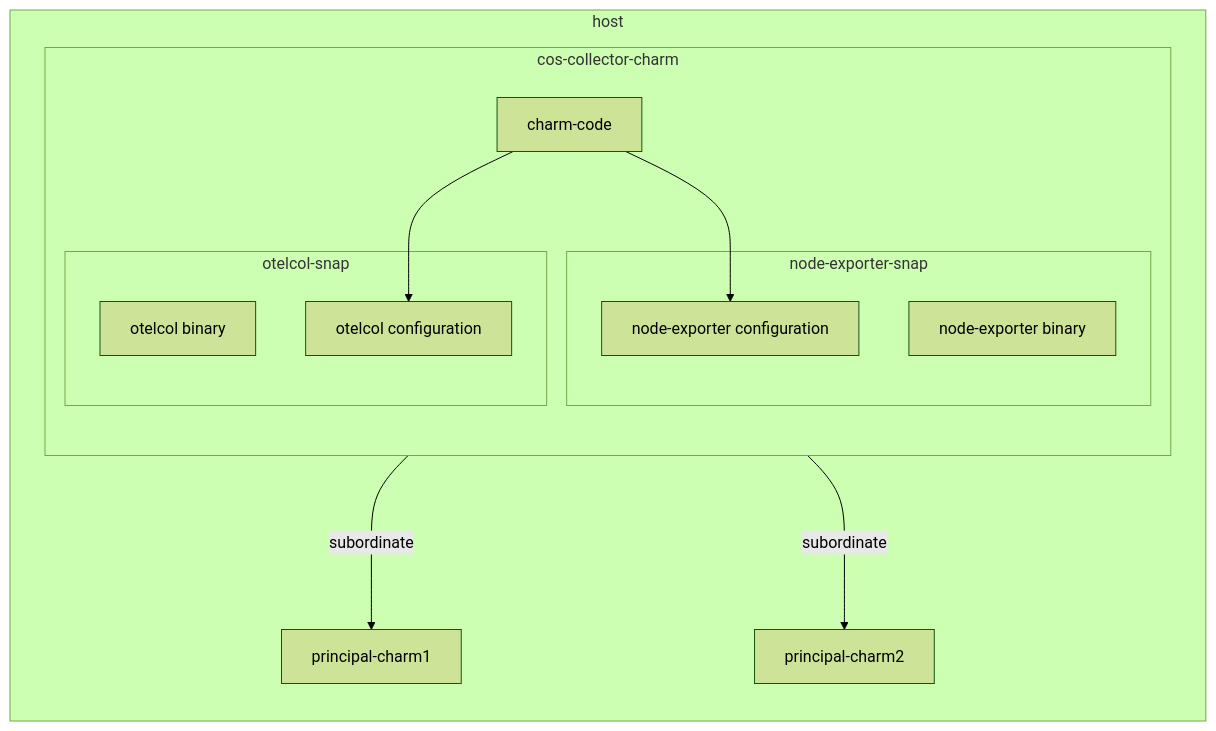
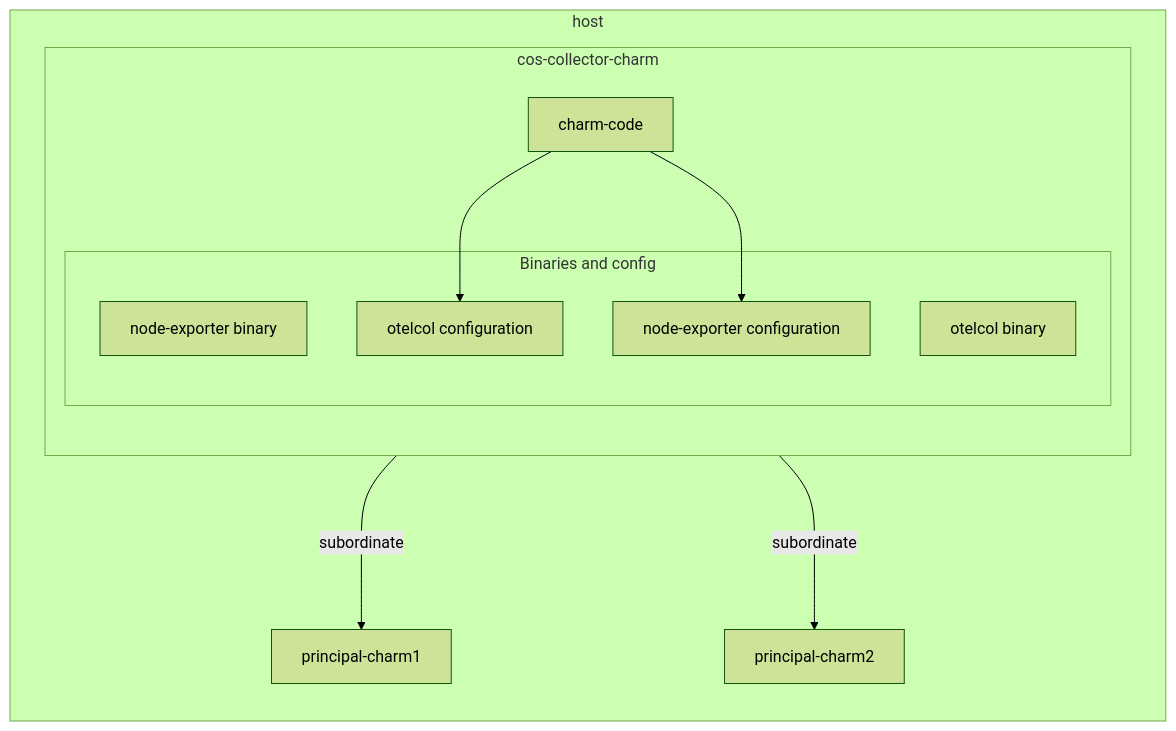
One commit to canonical/observability changed the sixth of 6 diagrams in decision-records/2025-03-20--node-exporter-otelcol-adr.md. Above: the diagram before and after it, drawn with Mermaid (forest theme). The commit also changed other lines of this file, not shown here.

Commit message:
improve diagrams

````diff
--- a/decision-records/2025-03-20--node-exporter-otelcol-adr.md
+++ b/decision-records/2025-03-20--node-exporter-otelcol-adr.md
@@ -330,24 +321,23 @@
 ```mermaid
 flowchart LR
 subgraph host
     direction TB
 
     subgraph cos-collector-charm
         direction TB
         charm-code
-        subgraph node-exporter-snap
+        subgraph "Binaries and config"
             node-exporter1["node-exporter binary"]
             node-exporter-config["node-exporter configuration"]
-        end
-        subgraph otelcol-snap
+
             otelcol["otelcol binary"]
             otelcol-config["otelcol configuration"]
         end
         charm-code --> otelcol-config
         charm-code --> node-exporter-config
     end
 
     cos-collector-charm --->|"subordinate"| principal-charm1
     cos-collector-charm --->|"subordinate"| principal-charm2
 end
 ```
````
